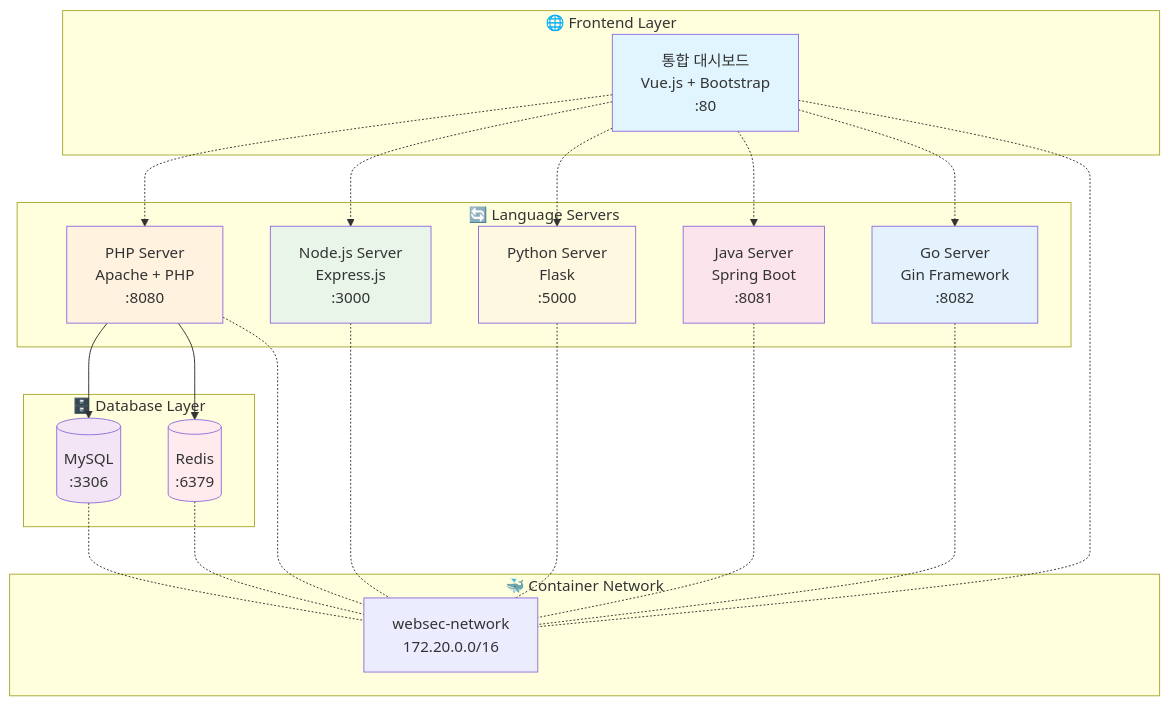
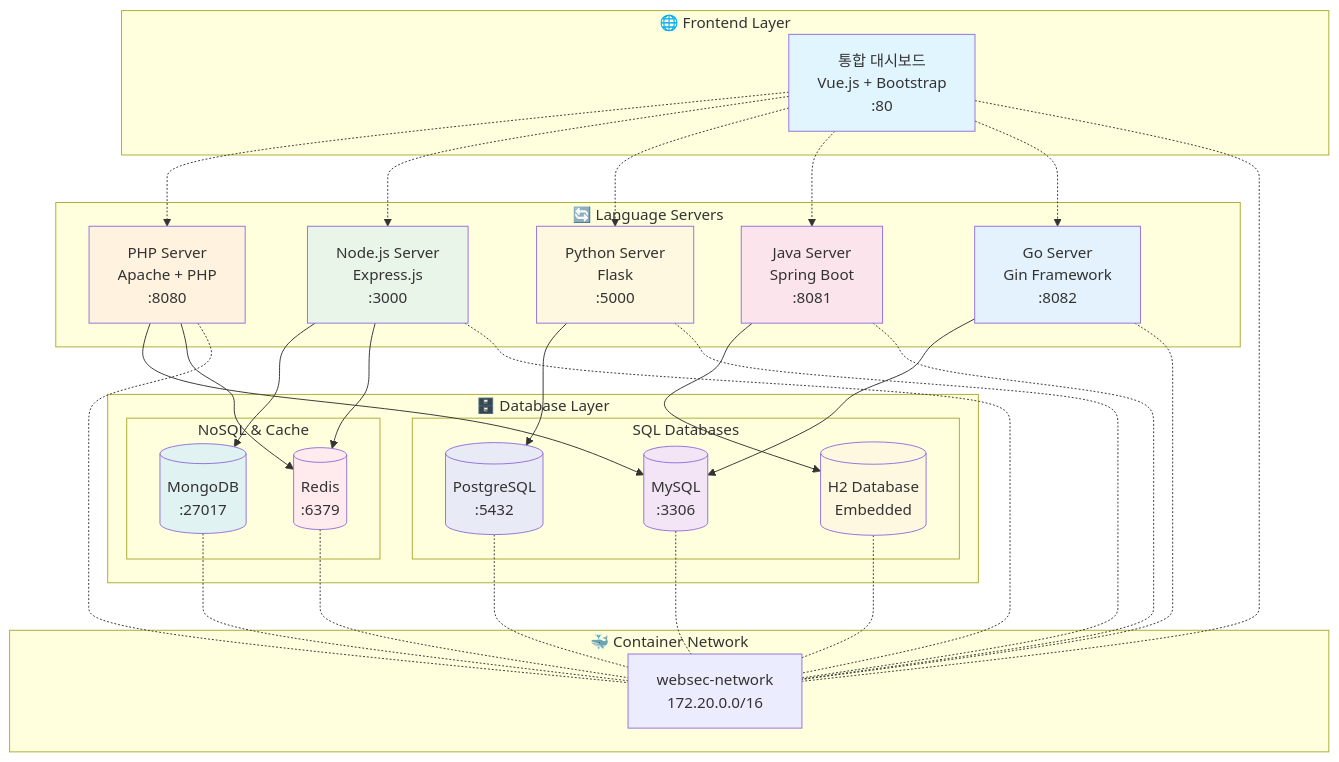
One commit to Mkway/WebSec-Lab-v2 changed the first of 3 diagrams in README.md. Above: the diagram before and after it, drawn with Mermaid. The commit also changed other lines of this file and 6 other files, not shown here.

````diff
--- a/README.md
+++ b/README.md
@@ -27,50 +27,69 @@
 ```mermaid
 graph TB
     subgraph "🌐 Frontend Layer"
         D[통합 대시보드<br/>Vue.js + Bootstrap<br/>:80]
     end
 
     subgraph "🔄 Language Servers"
         P[PHP Server<br/>Apache + PHP<br/>:8080]
         N[Node.js Server<br/>Express.js<br/>:3000]
         Y[Python Server<br/>Flask<br/>:5000]
         J[Java Server<br/>Spring Boot<br/>:8081]
         G[Go Server<br/>Gin Framework<br/>:8082]
     end
 
     subgraph "🗄️ Database Layer"
-        M[(MySQL<br/>:3306)]
-        R[(Redis<br/>:6379)]
+        subgraph "SQL Databases"
+            M[(MySQL<br/>:3306)]
+            PG[(PostgreSQL<br/>:5432)]
+            H2[(H2 Database<br/>Embedded)]
+        end
+        subgraph "NoSQL & Cache"
+            MG[(MongoDB<br/>:27017)]
+            R[(Redis<br/>:6379)]
+        end
     end
 
     subgraph "🐳 Container Network"
         NET[websec-network<br/>172.20.0.0/16]
     end
 
     D -.-> P
     D -.-> N
     D -.-> Y
     D -.-> J
     D -.-> G
 
     P --> M
+    N --> MG
+    Y --> PG
+    J --> H2
+    G --> M
+
     P --> R
+    N --> R
 
     P -.- NET
     N -.- NET
     Y -.- NET
     J -.- NET
     G -.- NET
     D -.- NET
     M -.- NET
+    PG -.- NET
+    H2 -.- NET
+    MG -.- NET
     R -.- NET
 
     style D fill:#e1f5fe
     style P fill:#fff3e0
     style N fill:#e8f5e8
     style Y fill:#fff8e1
     style J fill:#fce4ec
     style G fill:#e3f2fd
     style M fill:#f3e5f5
+    style PG fill:#e8eaf6
+    style H2 fill:#fff8e1
+    style MG fill:#e0f2f1
     style R fill:#ffebee
 ```
````
